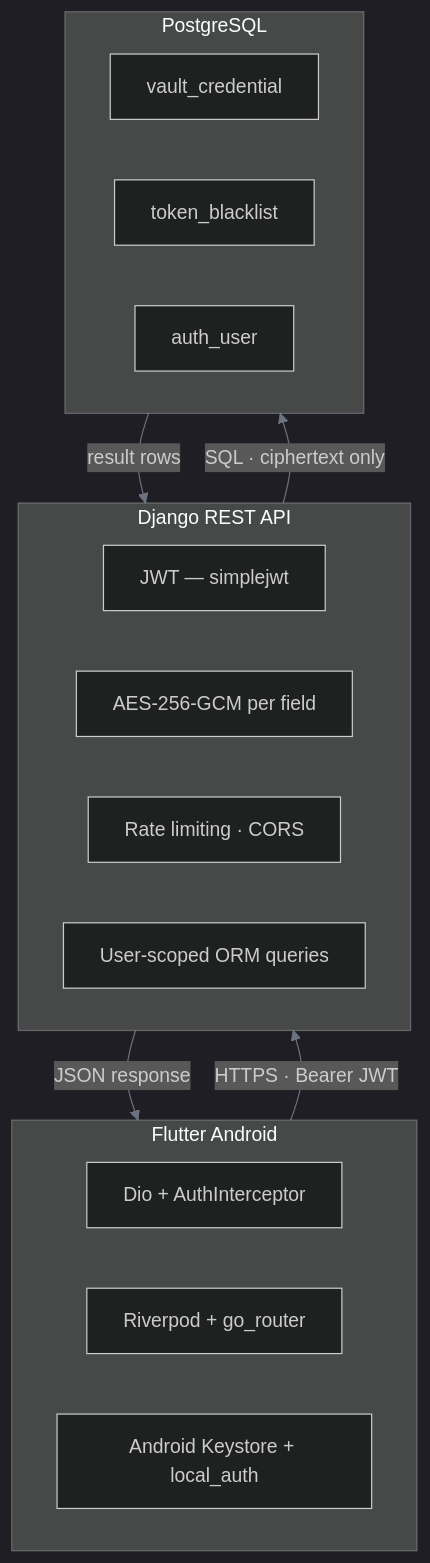
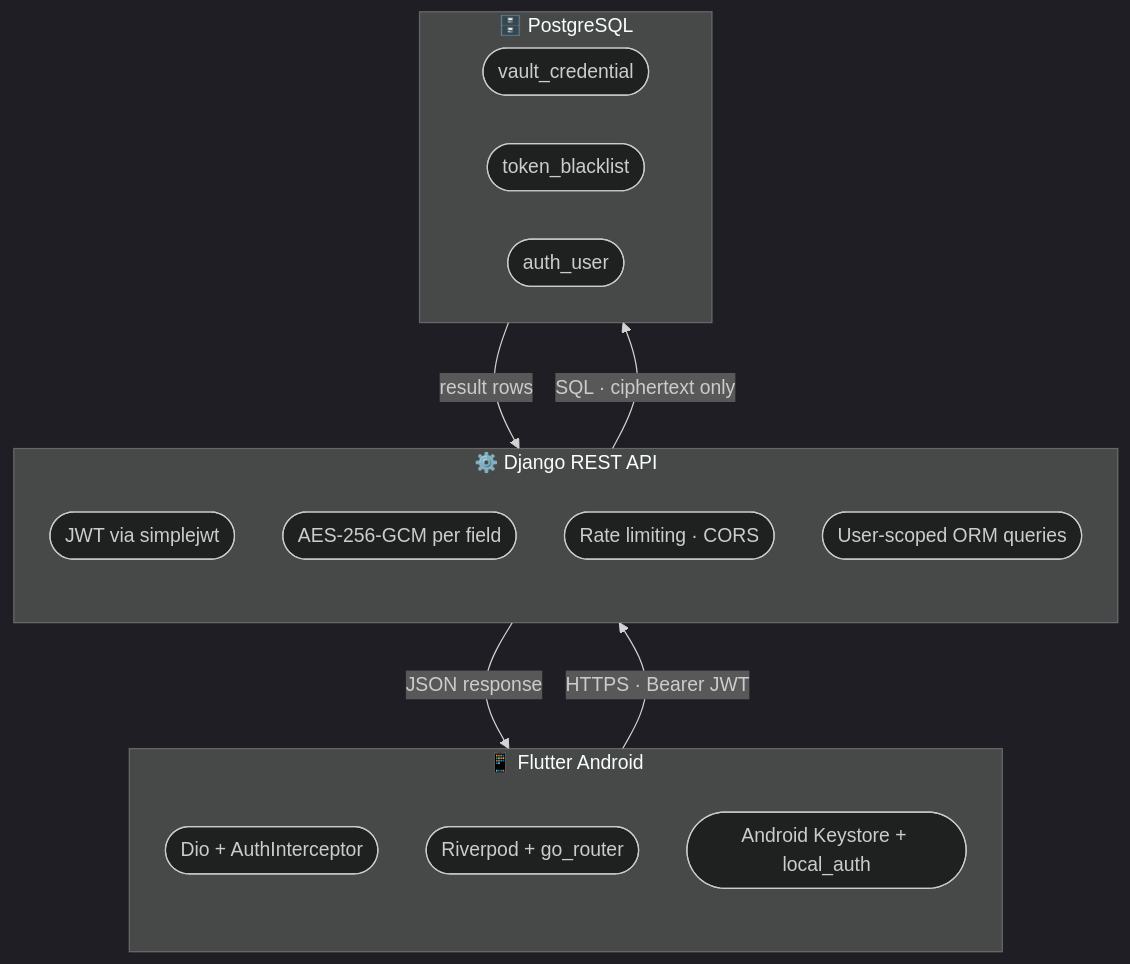
The diagram in README.md (dmnkSabota/password-vault), drawn with Mermaid before and after one commit.

Commit message:
improved Mermaid diagram

````diff
--- a/README.md
+++ b/README.md
@@ -9,27 +9,30 @@
 ```mermaid
-%%{init: {'theme': 'dark', 'themeVariables': {'primaryColor': '#1f2937', 'primaryTextColor': '#f9fafb', 'primaryBorderColor': '#374151', 'lineColor': '#6b7280', 'secondaryColor': '#111827', 'tertiaryColor': '#1f2937'}}}%%
+%%{init: {'theme': 'dark', 'flowchart': {'curve': 'basis', 'nodeSpacing': 40, 'rankSpacing': 80}}}%%
 flowchart TD
-    subgraph client["  Flutter Android  "]
-        NET["Dio + AuthInterceptor"]
-        NAV["Riverpod + go_router"]
-        SEC["Android Keystore + local_auth"]
+    subgraph MOBILE["📱 Flutter Android"]
+        direction TB
+        A1(["Dio + AuthInterceptor"])
+        A2(["Riverpod + go_router"])
+        A3(["Android Keystore + local_auth"])
     end
 
-    subgraph api["  Django REST API  "]
-        AUTH["JWT — simplejwt"]
-        ENC["AES-256-GCM per field"]
-        RATE["Rate limiting · CORS"]
-        ISO["User-scoped ORM queries"]
+    subgraph BACKEND["⚙️ Django REST API"]
+        direction TB
+        B1(["JWT via simplejwt"])
+        B2(["AES-256-GCM per field"])
+        B3(["Rate limiting · CORS"])
+        B4(["User-scoped ORM queries"])
     end
 
-    subgraph db["  PostgreSQL  "]
-        T1["vault_credential"]
-        T2["token_blacklist"]
-        T3["auth_user"]
+    subgraph DATABASE["🗄️ PostgreSQL"]
+        direction LR
+        C1(["vault_credential"])
+        C2(["token_blacklist"])
+        C3(["auth_user"])
     end
 
-    client -->|"HTTPS · Bearer JWT"| api
-    api -->|"JSON response"| client
-    api -->|"SQL · ciphertext only"| db
-    db -->|"result rows"| api
+    MOBILE -->|"HTTPS · Bearer JWT"| BACKEND
+    BACKEND -->|"JSON response"| MOBILE
+    BACKEND -->|"SQL · ciphertext only"| DATABASE
+    DATABASE -->|"result rows"| BACKEND
 ```
````
